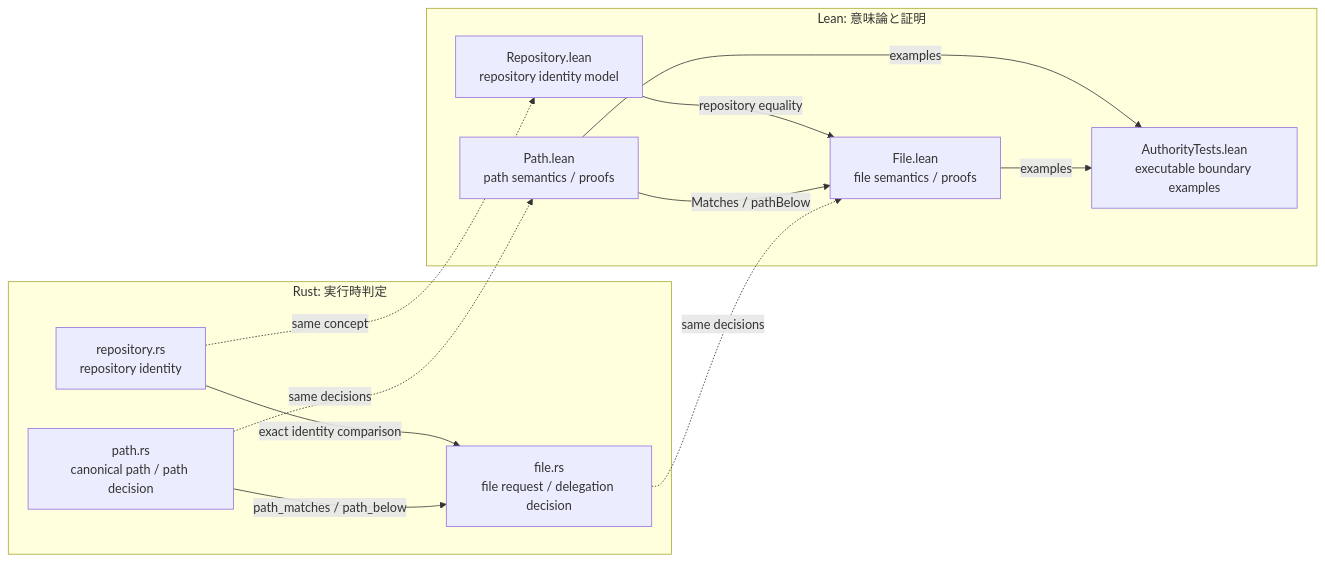
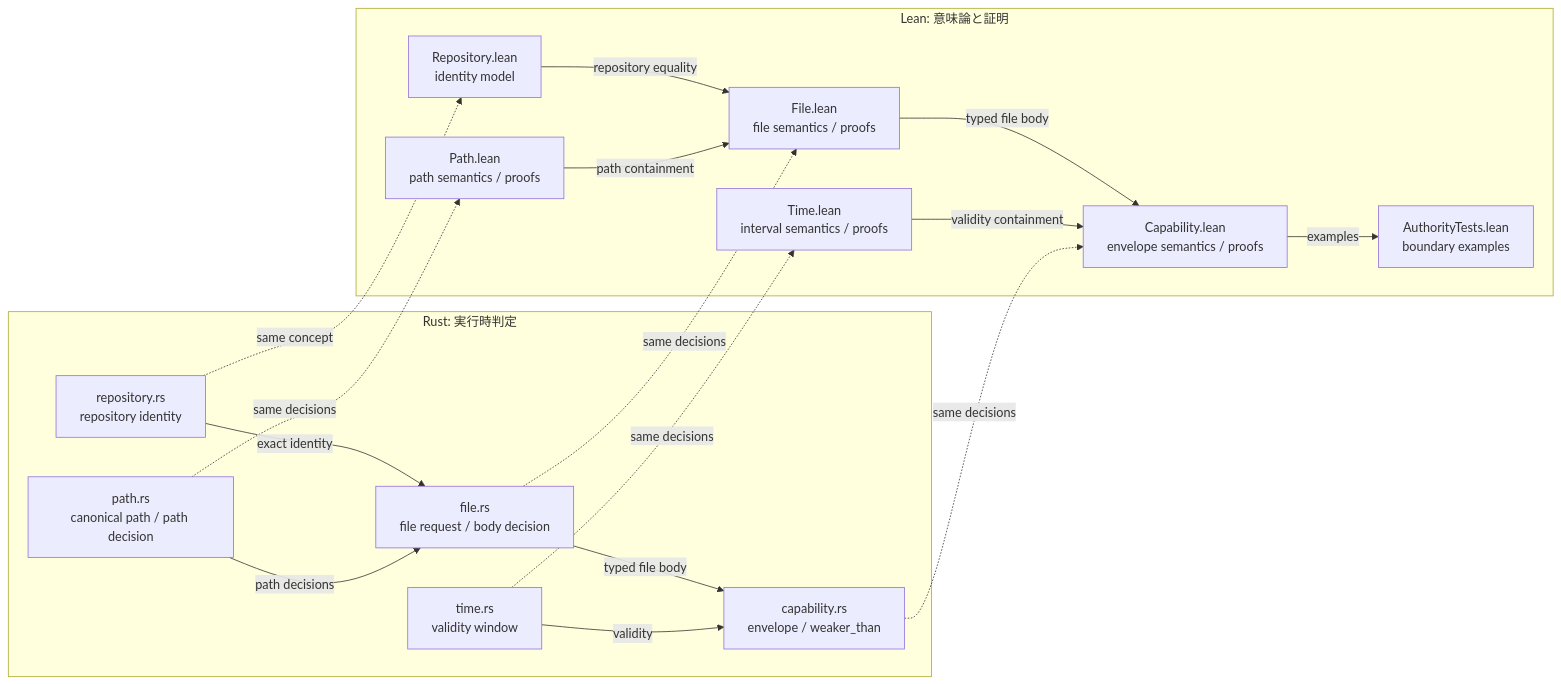
One commit to Aqua-218/SecCamp-AIAgent changed the first of 2 diagrams in docs/authority-core/README.md. Above: the diagram before and after it, drawn with Mermaid. The commit also changed other lines of this file and 8 other files, not shown here.

Commit message:
docs(authority): explain capability containment

````diff
--- a/docs/authority-core/README.md
+++ b/docs/authority-core/README.md
@@ -25,25 +28,34 @@
 ```mermaid
 flowchart LR
     subgraph rust["Rust: 実行時判定"]
         rustRepo["repository.rs<br/>repository identity"]
         rustPath["path.rs<br/>canonical path / path decision"]
-        rustFile["file.rs<br/>file request / delegation decision"]
-        rustRepo -->|"exact identity comparison"| rustFile
-        rustPath -->|"path_matches / path_below"| rustFile
+        rustFile["file.rs<br/>file request / body decision"]
+        rustTime["time.rs<br/>validity window"]
+        rustCap["capability.rs<br/>envelope / weaker_than"]
+        rustRepo -->|"exact identity"| rustFile
+        rustPath -->|"path decisions"| rustFile
+        rustFile -->|"typed file body"| rustCap
+        rustTime -->|"validity"| rustCap
     end
 
     subgraph lean["Lean: 意味論と証明"]
-        leanRepo["Repository.lean<br/>repository identity model"]
+        leanRepo["Repository.lean<br/>identity model"]
         leanPath["Path.lean<br/>path semantics / proofs"]
         leanFile["File.lean<br/>file semantics / proofs"]
-        leanTests["AuthorityTests.lean<br/>executable boundary examples"]
+        leanTime["Time.lean<br/>interval semantics / proofs"]
+        leanCap["Capability.lean<br/>envelope semantics / proofs"]
+        leanTests["AuthorityTests.lean<br/>boundary examples"]
         leanRepo -->|"repository equality"| leanFile
-        leanPath -->|"Matches / pathBelow"| leanFile
-        leanPath -->|"examples"| leanTests
-        leanFile -->|"examples"| leanTests
+        leanPath -->|"path containment"| leanFile
+        leanFile -->|"typed file body"| leanCap
+        leanTime -->|"validity containment"| leanCap
+        leanCap -->|"examples"| leanTests
     end
 
     rustRepo -.->|"same concept"| leanRepo
     rustPath -.->|"same decisions"| leanPath
     rustFile -.->|"same decisions"| leanFile
+    rustTime -.->|"same decisions"| leanTime
+    rustCap -.->|"same decisions"| leanCap
 ```
````
